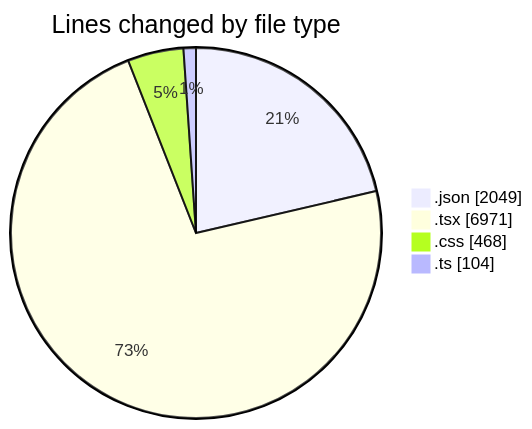
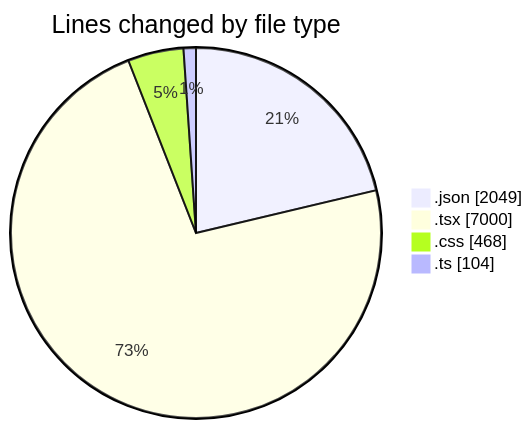
Before and after one commit to EIIisD/code-tracking: the first of 2 diagrams in 2025-08-14/ribbon/README.md, drawn with Mermaid. The commit also changed other lines of this file and 1 other file, not shown here.

````diff
--- a/2025-08-14/ribbon/README.md
+++ b/2025-08-14/ribbon/README.md
@@ -29,8 +29,8 @@
 ```mermaid
 pie showData
 title Lines changed by file type
 ".json" : 2049
-".tsx" : 6971
+".tsx" : 7000
 ".css" : 468
 ".ts" : 104
 ```
````
